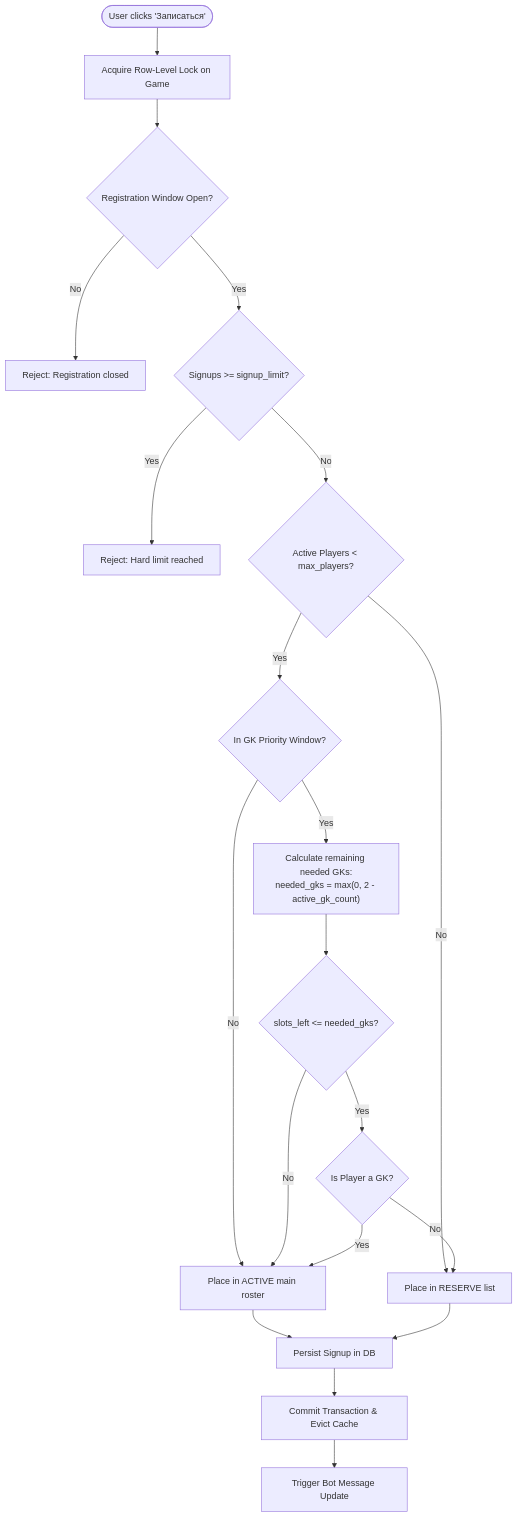
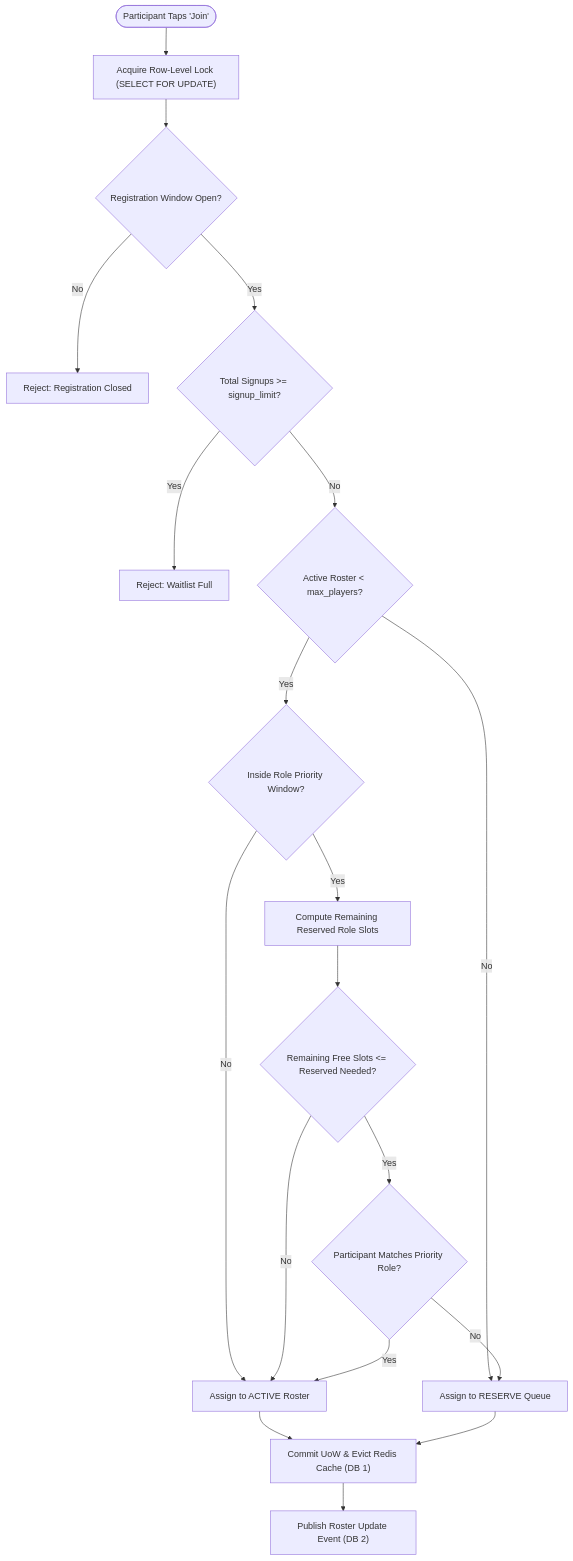
One commit to yeronymus/football-manager changed the third of 3 diagrams in README.md. Above: the diagram before and after it, drawn with Mermaid. The commit also changed other lines of this file and 50 other files, not shown here.

````diff
--- a/README.md
+++ b/README.md
@@ -151,22 +111,21 @@
 ```mermaid
 flowchart TD
-    Start([User clicks 'Записаться']) --> Lock[Acquire Row-Level Lock on Game]
-    Lock --> CheckRegistrationWindow{Registration Window Open?}
-    CheckRegistrationWindow -- No --> RejectWindow[Reject: Registration closed]
-    CheckRegistrationWindow -- Yes --> CheckMaxLimit{Signups >= signup_limit?}
-    CheckMaxLimit -- Yes --> RejectLimit[Reject: Hard limit reached]
-    CheckMaxLimit -- No --> CheckActiveCount{Active Players < max_players?}
-    CheckActiveCount -- No --> PutReserve[Place in RESERVE list]
-    CheckActiveCount -- Yes --> CheckGKWindow{In GK Priority Window?}
-    CheckGKWindow -- No --> PutActive[Place in ACTIVE main roster]
-    CheckGKWindow -- Yes --> CalcNeededGK["Calculate remaining needed GKs:<br/>needed_gks = max(0, 2 - active_gk_count)"]
-    CalcNeededGK --> CheckSlotsLeft{slots_left <= needed_gks?}
-    CheckSlotsLeft -- No --> PutActive
-    CheckSlotsLeft -- Yes --> IsPlayerGK{Is Player a GK?}
-    IsPlayerGK -- Yes --> PutActive
-    IsPlayerGK -- No --> PutReserve
-    PutActive --> SaveDB[Persist Signup in DB]
-    PutReserve --> SaveDB
-    SaveDB --> Commit[Commit Transaction & Evict Cache]
-    Commit --> UpdateMsg[Trigger Bot Message Update]
+    Start(["Participant Taps 'Join'"]) --> Lock["Acquire Row-Level Lock (SELECT FOR UPDATE)"]
+    Lock --> Window{"Registration Window Open?"}
+    Window -- No --> RejectWindow["Reject: Registration Closed"]
+    Window -- Yes --> HardCap{"Total Signups >= signup_limit?"}
+    HardCap -- Yes --> RejectCap["Reject: Waitlist Full"]
+    HardCap -- No --> ActiveCap{"Active Roster < max_players?"}
+    ActiveCap -- No --> Reserve["Assign to RESERVE Queue"]
+    ActiveCap -- Yes --> RoleWindow{"Inside Role Priority Window?"}
+    RoleWindow -- No --> Active["Assign to ACTIVE Roster"]
+    RoleWindow -- Yes --> CalcNeeded["Compute Remaining Reserved Role Slots"]
+    CalcNeeded --> SlotsCheck{"Remaining Free Slots <= Reserved Needed?"}
+    SlotsCheck -- No --> Active
+    SlotsCheck -- Yes --> HasRole{"Participant Matches Priority Role?"}
+    HasRole -- Yes --> Active
+    HasRole -- No --> Reserve
+    Active --> Commit["Commit UoW & Evict Redis Cache (DB 1)"]
+    Reserve --> Commit
+    Commit --> Notify["Publish Roster Update Event (DB 2)"]
 ```
````
